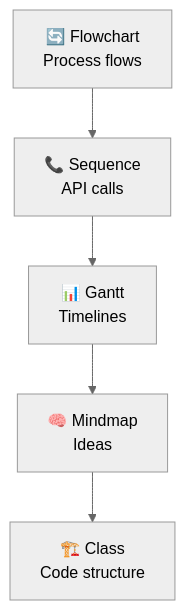
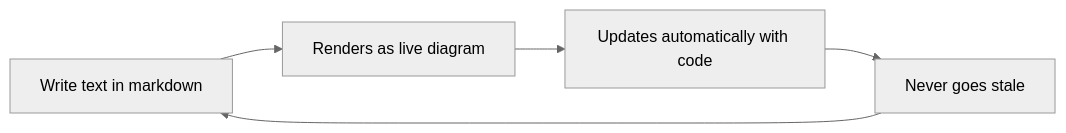
One commit to WISeAgent/blogs changed the first of 14 diagrams in docs/TechSavvy/mermaid-language-guide.md. Above: the diagram before and after it, drawn with Mermaid (neutral theme). The commit also changed other lines of this file and 8 other files, not shown here.

Commit message:
enable mermaid support

````diff
--- a/docs/TechSavvy/mermaid-language-guide.md
+++ b/docs/TechSavvy/mermaid-language-guide.md
@@ -32,7 +5,7 @@
 ```mermaid
-flowchart TD
-    A[🔄 Flowchart<br/>Process flows] --> B[📞 Sequence<br/>API calls]
-    B --> C[📊 Gantt<br/>Timelines] 
-    C --> D[🧠 Mindmap<br/>Ideas]
-    D --> E[🏗️ Class<br/>Code structure]
+flowchart LR
+    A[Write text in markdown] --> B[Renders as live diagram]
+    B --> C[Updates automatically with code]
+    C --> D[Never goes stale]
+    D --> A
 ```
````
